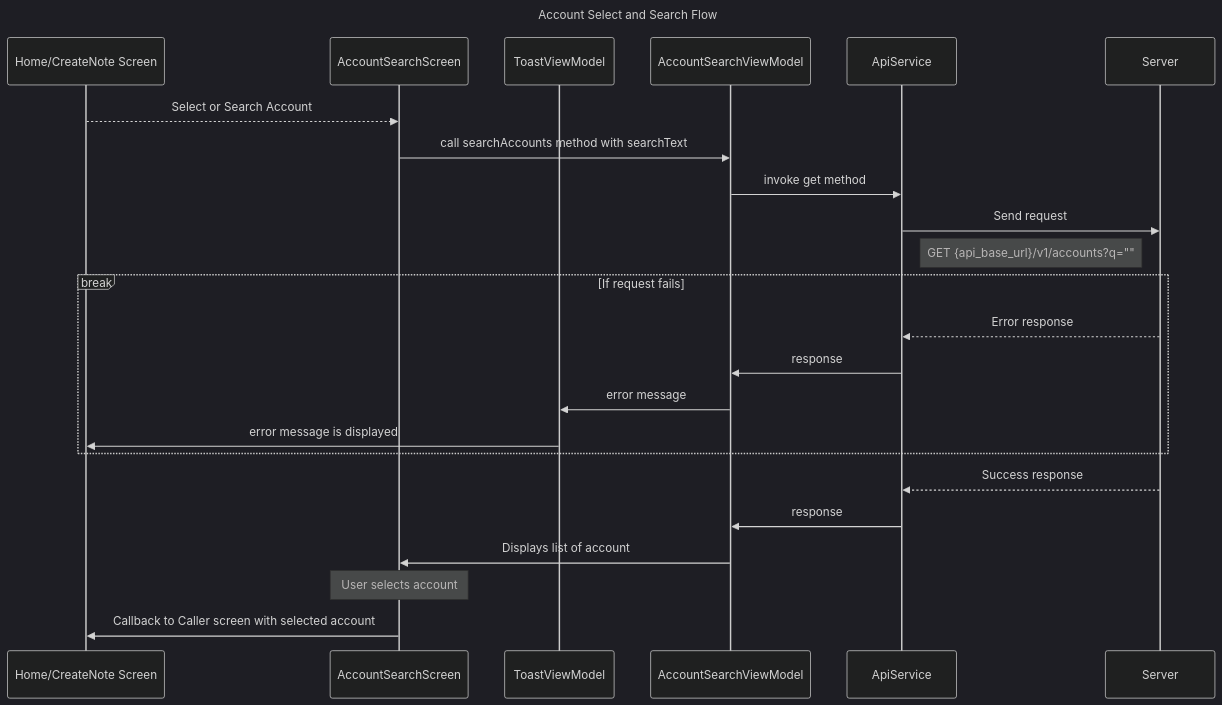
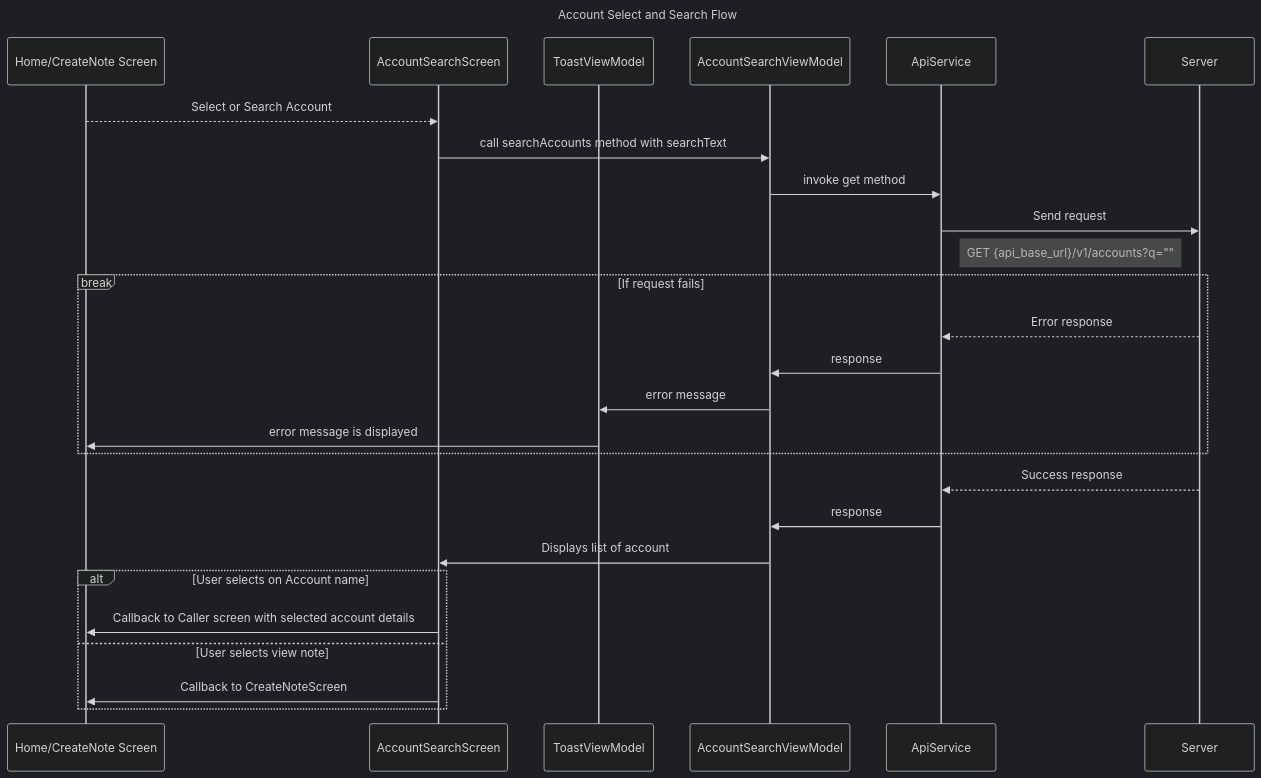
One commit to TrueSparrowSystems/AI-SalesSparrow-Docs changed the diagram in flowDiagrams/IOS/AccountSearchScreen.mermaid. Above: the diagram before and after it, drawn with Mermaid (dark theme).

Commit message:
updated account search flow

```diff
--- a/flowDiagrams/IOS/AccountSearchScreen.mermaid
+++ b/flowDiagrams/IOS/AccountSearchScreen.mermaid
@@ -1,30 +1,32 @@
 sequenceDiagram
     title Account Select and Search Flow
 
     participant CS as Home/CreateNote Screen
     participant ASS as AccountSearchScreen
     participant TVM as ToastViewModel
     participant ASVM as AccountSearchViewModel
     participant AS as ApiService
     participant S as Server
 
     CS-->>ASS: Select or Search Account
     ASS->>ASVM: call searchAccounts method with searchText
     ASVM->>AS: invoke get method
     AS->>S: Send request
     note right of AS: GET {api_base_url}/v1/accounts?q=""
 
     break If request fails
         S-->>AS: Error response
         AS->>ASVM: response
         ASVM->>TVM: error message
         TVM->>CS: error message is displayed
     end
     
     S-->>AS: Success response
     AS->>ASVM: response
     ASVM->>ASS: Displays list of account
-
-    note over ASS: User selects account
     
-    ASS->>CS: Callback to Caller screen with selected account
+    alt User selects on Account name
+        ASS->>CS: Callback to Caller screen with selected account details
+    else User selects view note
+        ASS->>CS: Callback to CreateNoteScreen 
+    end
```
